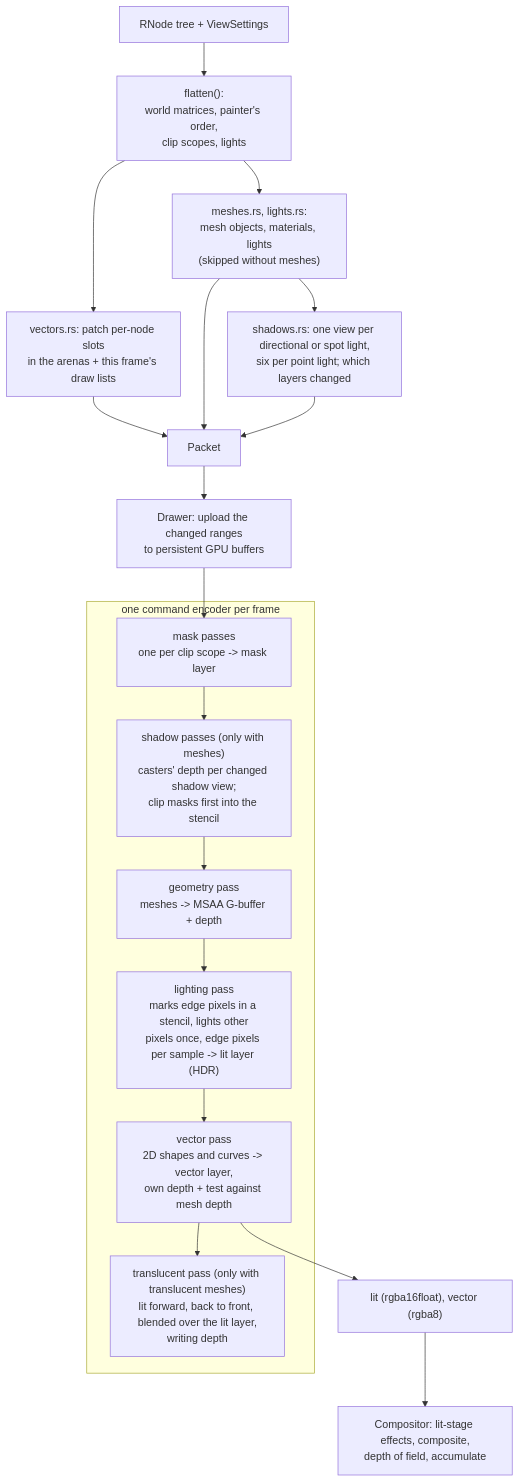
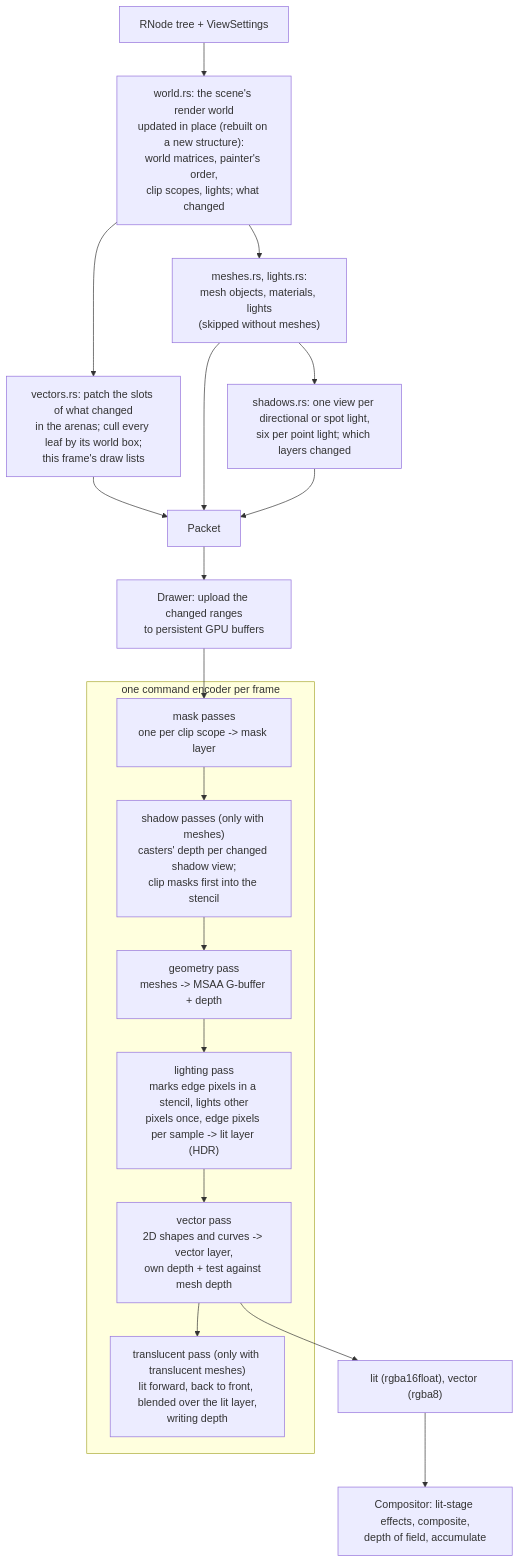
Before and after one commit to MrDiver/manim: the second of 5 diagrams in manimx/core/README.md, drawn with Mermaid. The commit also changed other lines of this file and 10 other files, not shown here.

````diff
--- a/manimx/core/README.md
+++ b/manimx/core/README.md
@@ -244,22 +245,22 @@
 ```mermaid
 flowchart TD
-    A["RNode tree + ViewSettings"] --> B["flatten():<br/>world matrices, painter's order,<br/>clip scopes, lights"]
-    B --> C["vectors.rs: patch per-node slots<br/>in the arenas + this frame's draw lists"]
+    A["RNode tree + ViewSettings"] --> B["world.rs: the scene's render world<br/>updated in place (rebuilt on a new structure):<br/>world matrices, painter's order,<br/>clip scopes, lights; what changed"]
+    B --> C["vectors.rs: patch the slots of what changed<br/>in the arenas; cull every leaf by its world box;<br/>this frame's draw lists"]
     B --> D["meshes.rs, lights.rs:<br/>mesh objects, materials, lights<br/>(skipped without meshes)"]
     D --> E["shadows.rs: one view per directional or spot light,<br/>six per point light; which layers changed"]
     C & D & E --> K["Packet"]
     K --> F["Drawer: upload the changed ranges<br/>to persistent GPU buffers"]
     F --> P1
 
     subgraph GPU["one command encoder per frame"]
         P1["mask passes<br/>one per clip scope -> mask layer"] --> P2
         P2["shadow passes (only with meshes)<br/>casters' depth per changed shadow view;<br/>clip masks first into the stencil"] --> P3
         P3["geometry pass<br/>meshes -> MSAA G-buffer + depth"] --> P4
         P4["lighting pass<br/>marks edge pixels in a stencil, lights other<br/>pixels once, edge pixels per sample -> lit layer (HDR)"] --> P5
         P5["vector pass<br/>2D shapes and curves -> vector layer,<br/>own depth + test against mesh depth"] --> P6
         P6["translucent pass (only with translucent meshes)<br/>lit forward, back to front, blended over the lit layer,<br/>writing depth"]
     end
 
     P5 --> L["lit (rgba16float), vector (rgba8)"]
     L --> Comp["Compositor: lit-stage effects, composite,<br/>depth of field, accumulate"]
 ```
````
